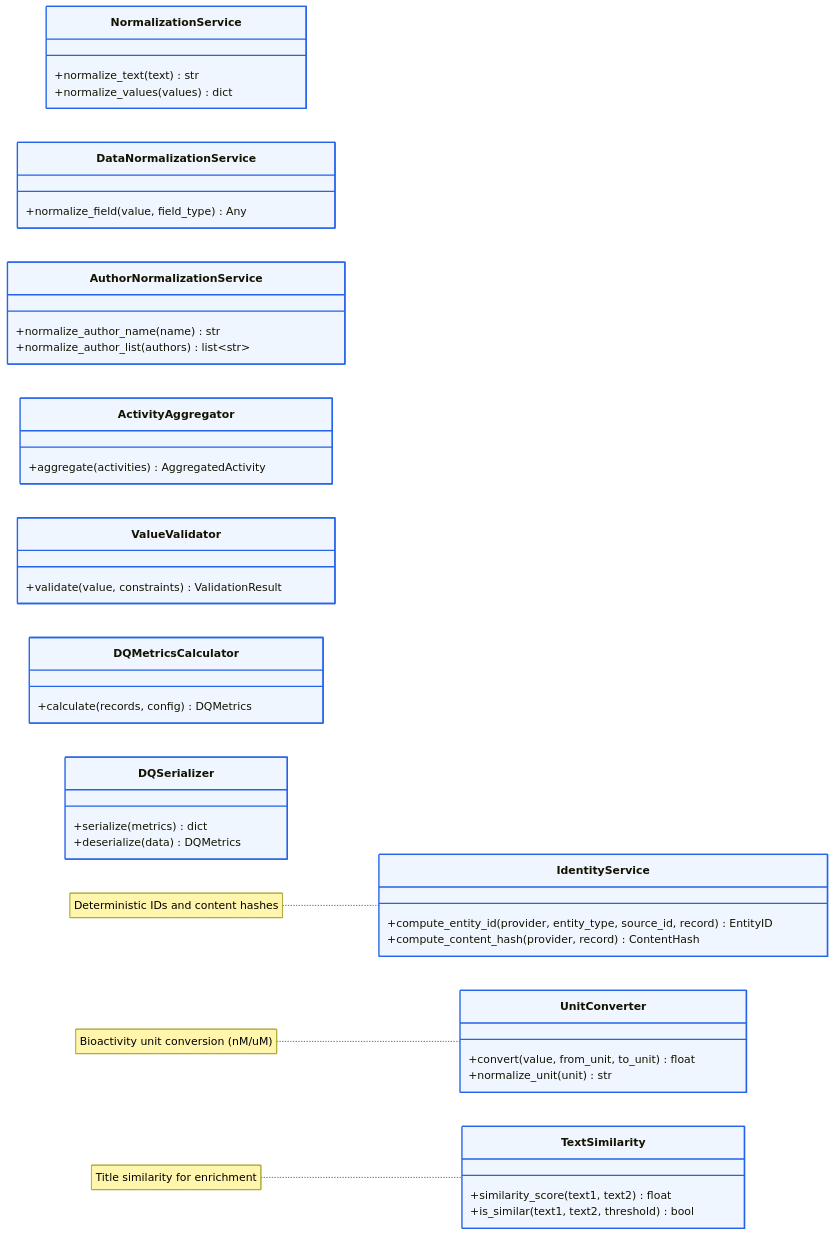
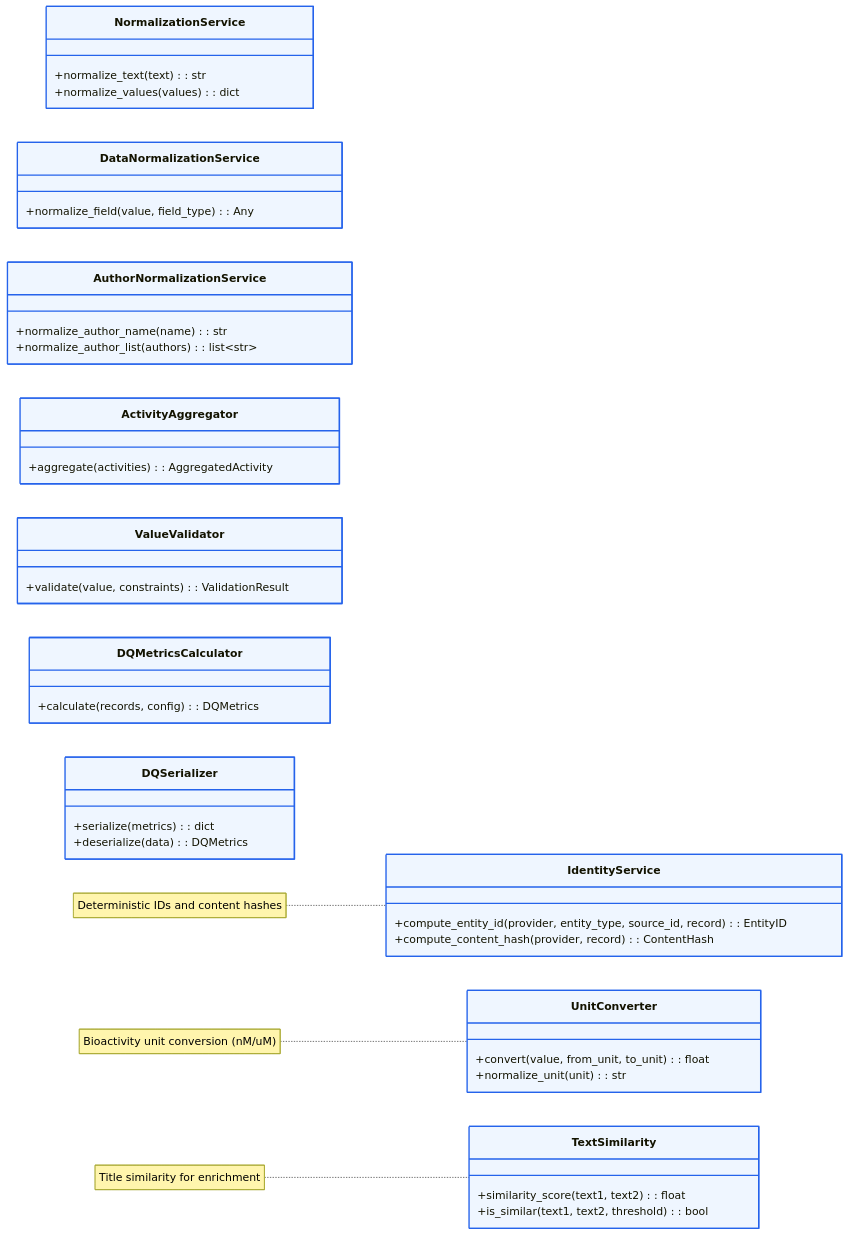
The diagram in docs/02-architecture/mmd-diagrams/class-diagrams/13-domain-services.mmd (SatoryKono/BioactivityDataAcquisition), drawn with Mermaid before and after one commit. The commit also changed 55 other files, not shown here.

```diff
--- a/docs/02-architecture/mmd-diagrams/class-diagrams/13-domain-services.mmd
+++ b/docs/02-architecture/mmd-diagrams/class-diagrams/13-domain-services.mmd
@@ -1,75 +1,75 @@
 %% BioETL — Class Diagram: Domain Services
 %% Pure domain services without I/O.
 
 %% @version 1.0.0
 %% @date    2026-02-24
 %% @type    classDiagram
 %% @level   Class / Interface
 %% @uniform class width=248 height=72 max_title_len=26 max_desc_lines=2
 
 classDiagram
     direction LR
     class IdentityService {
-        +compute_entity_id(provider, entity_type, source_id, record) EntityID
-        +compute_content_hash(provider, record) ContentHash
+        +compute_entity_id(provider, entity_type, source_id, record): EntityID
+        +compute_content_hash(provider, record): ContentHash
     }
 
     class NormalizationService {
-        +normalize_text(text) str
-        +normalize_values(values) dict
+        +normalize_text(text): str
+        +normalize_values(values): dict
     }
 
     class DataNormalizationService {
-        +normalize_field(value, field_type) Any
+        +normalize_field(value, field_type): Any
         
     }
 
     class AuthorNormalizationService {
-        +normalize_author_name(name) str
-        +normalize_author_list(authors) list~str~
+        +normalize_author_name(name): str
+        +normalize_author_list(authors): list~str~
     }
 
     class ActivityAggregator {
-        +aggregate(activities) AggregatedActivity
+        +aggregate(activities): AggregatedActivity
         
     }
 
     class UnitConverter {
-        +convert(value, from_unit, to_unit) float
-        +normalize_unit(unit) str
+        +convert(value, from_unit, to_unit): float
+        +normalize_unit(unit): str
     }
 
     class ValueValidator {
-        +validate(value, constraints) ValidationResult
+        +validate(value, constraints): ValidationResult
         
     }
 
     class TextSimilarity {
-        +similarity_score(text1, text2) float
-        +is_similar(text1, text2, threshold) bool
+        +similarity_score(text1, text2): float
+        +is_similar(text1, text2, threshold): bool
     }
 
     class DQMetricsCalculator {
-        +calculate(records, config) DQMetrics
+        +calculate(records, config): DQMetrics
         
     }
 
     class DQSerializer {
-        +serialize(metrics) dict
-        +deserialize(data) DQMetrics
+        +serialize(metrics): dict
+        +deserialize(data): DQMetrics
     }
 
     note for IdentityService "Deterministic IDs and content hashes"
     note for UnitConverter "Bioactivity unit conversion (nM/uM)"
     note for TextSimilarity "Title similarity for enrichment"
 
     style IdentityService fill:#eff6ff,stroke:#2563eb,stroke-width:2px
     style NormalizationService fill:#eff6ff,stroke:#2563eb,stroke-width:2px
     style DataNormalizationService fill:#eff6ff,stroke:#2563eb,stroke-width:2px
     style AuthorNormalizationService fill:#eff6ff,stroke:#2563eb,stroke-width:2px
     style ActivityAggregator fill:#eff6ff,stroke:#2563eb,stroke-width:2px
     style UnitConverter fill:#eff6ff,stroke:#2563eb,stroke-width:2px
     style ValueValidator fill:#eff6ff,stroke:#2563eb,stroke-width:2px
     style TextSimilarity fill:#eff6ff,stroke:#2563eb,stroke-width:2px
     style DQMetricsCalculator fill:#eff6ff,stroke:#2563eb,stroke-width:2px
     style DQSerializer fill:#eff6ff,stroke:#2563eb,stroke-width:2px
```
